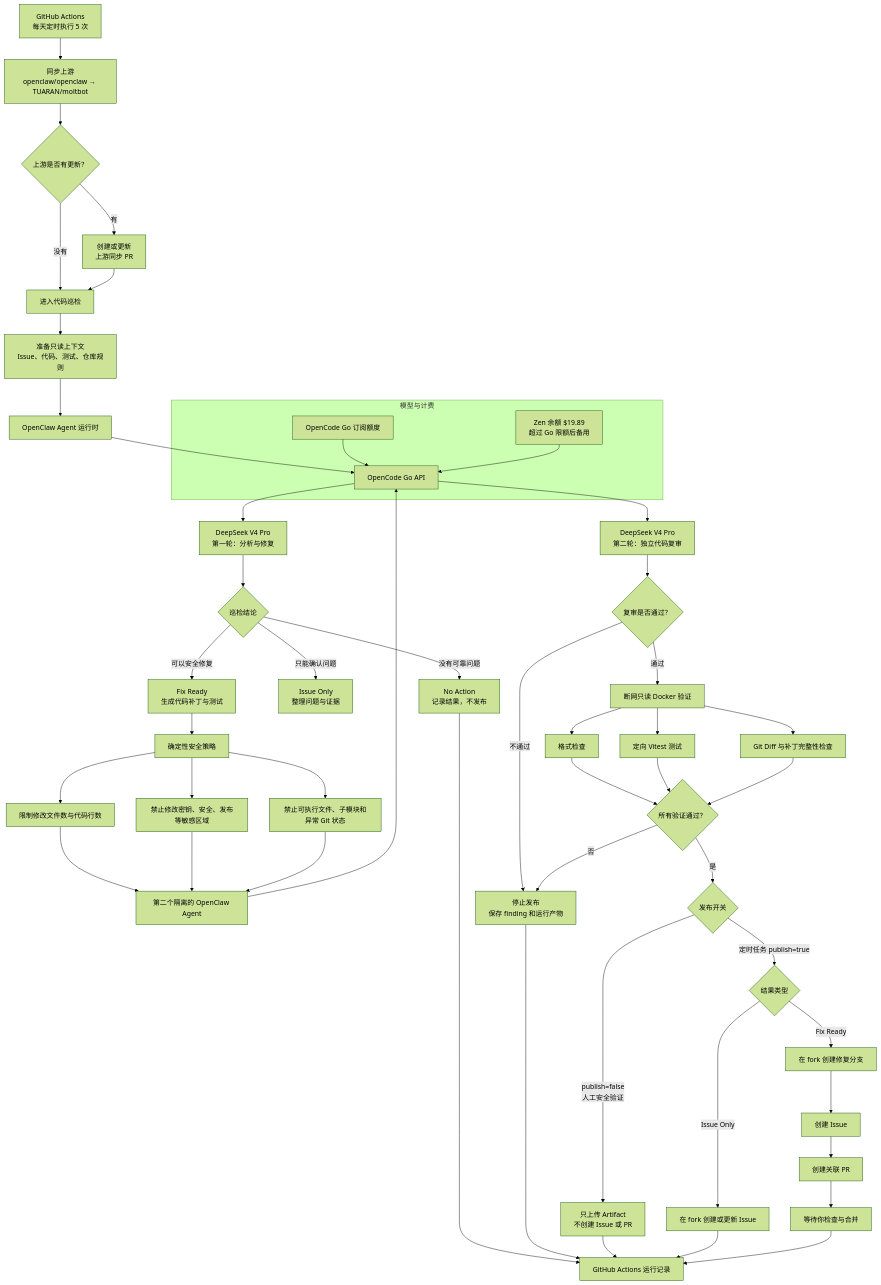
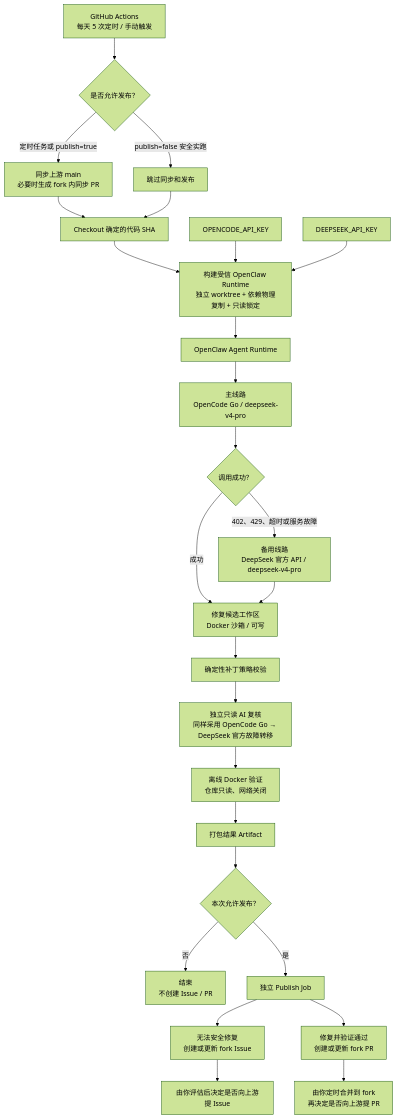
One commit to TUARAN/tuaran-home-page changed the diagram in research/topics/2026-08-03-deepseek-github-autofix-roi-pilot.md. Above: the diagram before and after it, drawn with Mermaid (forest theme).

Commit message:
docs: update DeepSeek autofix workflow diagram

````diff
--- a/research/topics/2026-08-03-deepseek-github-autofix-roi-pilot.md
+++ b/research/topics/2026-08-03-deepseek-github-autofix-roi-pilot.md
@@ -47,70 +47,32 @@
 ```mermaid
 flowchart TD
-    A["GitHub Actions<br/>每天定时执行 5 次"] --> B["同步上游<br/>openclaw/openclaw → TUARAN/moltbot"]
+  T["GitHub Actions<br/>每天 5 次定时 / 手动触发"] --> G{"是否允许发布？"}
+  G -- "定时任务或 publish=true" --> S["同步上游 main<br/>必要时生成 fork 内同步 PR"]
+  G -- "publish=false 安全实跑" --> K["跳过同步和发布"]
+  S --> C["Checkout 确定的代码 SHA"]
+  K --> C
 
-    B --> C{"上游是否有更新？"}
-    C -- "有" --> D["创建或更新<br/>上游同步 PR"]
-    C -- "没有" --> E["进入代码巡检"]
+  C --> R["构建受信 OpenClaw Runtime<br/>独立 worktree + 依赖物理复制 + 只读锁定"]
+  OKEY["OPENCODE_API_KEY"] --> R
+  DKEY["DEEPSEEK_API_KEY"] --> R
+  R --> A["OpenClaw Agent Runtime"]
 
-    D --> E
+  A --> P["主线路<br/>OpenCode Go / deepseek-v4-pro"]
+  P --> D{"调用成功？"}
+  D -- "成功" --> W["修复候选工作区<br/>Docker 沙箱 / 可写"]
+  D -- "402、429、超时或服务故障" --> F["备用线路<br/>DeepSeek 官方 API / deepseek-v4-pro"]
+  F --> W
 
-    E --> F["准备只读上下文<br/>Issue、代码、测试、仓库规则"]
-    F --> G["OpenClaw Agent 运行时"]
-    G --> H["OpenCode Go API"]
-    H --> I["DeepSeek V4 Pro<br/>第一轮：分析与修复"]
+  W --> V["确定性补丁策略校验"]
+  V --> Q["独立只读 AI 复核<br/>同样采用 OpenCode Go → DeepSeek 官方故障转移"]
+  Q --> X["离线 Docker 验证<br/>仓库只读、网络关闭"]
+  X --> B["打包结果 Artifact"]
 
-    I --> J{"巡检结论"}
-    J -- "没有可靠问题" --> K["No Action<br/>记录结果，不发布"]
-    J -- "只能确认问题" --> L["Issue Only<br/>整理问题与证据"]
-    J -- "可以安全修复" --> M["Fix Ready<br/>生成代码补丁与测试"]
-
-    M --> N["确定性安全策略"]
-    N --> N1["限制修改文件数与代码行数"]
-    N --> N2["禁止修改密钥、安全、发布等敏感区域"]
-    N --> N3["禁止可执行文件、子模块和异常 Git 状态"]
-
-    N1 --> O["第二个隔离的 OpenClaw Agent"]
-    N2 --> O
-    N3 --> O
-
-    O --> H
-    H --> P["DeepSeek V4 Pro<br/>第二轮：独立代码复审"]
-
-    P --> Q{"复审是否通过？"}
-    Q -- "不通过" --> R["停止发布<br/>保存 finding 和运行产物"]
-    Q -- "通过" --> S["断网只读 Docker 验证"]
-
-    S --> T["格式检查"]
-    S --> U["定向 Vitest 测试"]
-    S --> V["Git Diff 与补丁完整性检查"]
-
-    T --> W{"所有验证通过？"}
-    U --> W
-    V --> W
-
-    W -- "否" --> R
-    W -- "是" --> X{"发布开关"}
-
-    X -- "publish=false<br/>人工安全验证" --> Y["只上传 Artifact<br/>不创建 Issue 或 PR"]
-    X -- "定时任务 publish=true" --> Z{"结果类型"}
-
-    Z -- "Issue Only" --> AA["在 fork 创建或更新 Issue"]
-    Z -- "Fix Ready" --> AB["在 fork 创建修复分支"]
-    AB --> AC["创建 Issue"]
-    AC --> AD["创建关联 PR"]
-    AD --> AE["等待你检查与合并"]
-
-    K --> AF["GitHub Actions 运行记录"]
-    R --> AF
-    Y --> AF
-    AA --> AF
-    AE --> AF
-
-    subgraph Billing["模型与计费"]
-        H
-        BA["OpenCode Go 订阅额度"]
-        BB["Zen 余额 $19.89<br/>超过 Go 限额后备用"]
-        BA --> H
-        BB --> H
-    end
+  B --> H{"本次允许发布？"}
+  H -- "否" --> N["结束<br/>不创建 Issue / PR"]
+  H -- "是" --> U["独立 Publish Job"]
+  U --> I["无法安全修复<br/>创建或更新 fork Issue"]
+  U --> PR["修复并验证通过<br/>创建或更新 fork PR"]
+  I --> M["由你评估后决定是否向上游提 Issue"]
+  PR --> M2["由你定时合并到 fork<br/>再决定是否向上游提 PR"]
 ```
````
